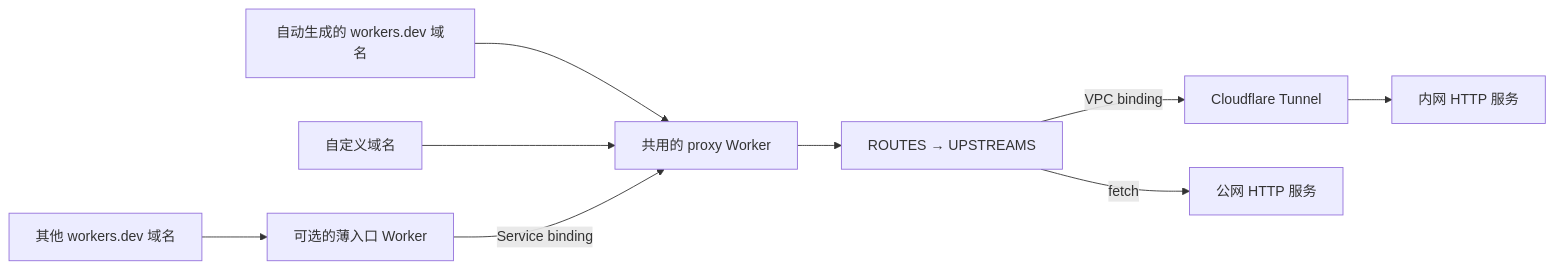
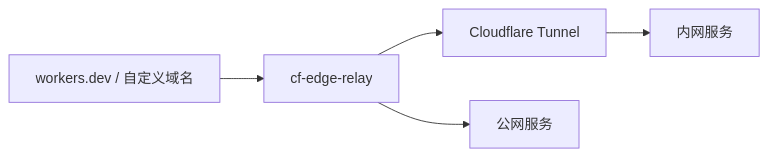
Before and after one commit to dreamhunter2333/cf-edge-relay: the diagram in README.zh-CN.md, drawn with Mermaid. The commit also changed other lines of this file and 10 other files, not shown here.

````diff
--- a/README.zh-CN.md
+++ b/README.zh-CN.md
@@ -9,11 +7,6 @@
 ```mermaid
 flowchart LR
-  Auto["自动生成的 workers.dev 域名"] --> Proxy["共用的 proxy Worker"]
-  Custom["自定义域名"] --> Proxy
-  Extra["其他 workers.dev 域名"] --> Entry["可选的薄入口 Worker"]
-  Entry -->|Service binding| Proxy
-  Proxy --> Rules["ROUTES → UPSTREAMS"]
-  Rules -->|VPC binding| Tunnel["Cloudflare Tunnel"]
-  Tunnel --> Private["内网 HTTP 服务"]
-  Rules -->|fetch| Public["公网 HTTP 服务"]
+  In["workers.dev / 自定义域名"] --> Proxy["cf-edge-relay"]
+  Proxy --> Tunnel["Cloudflare Tunnel"] --> Private["内网服务"]
+  Proxy --> Public["公网服务"]
 ```
````
